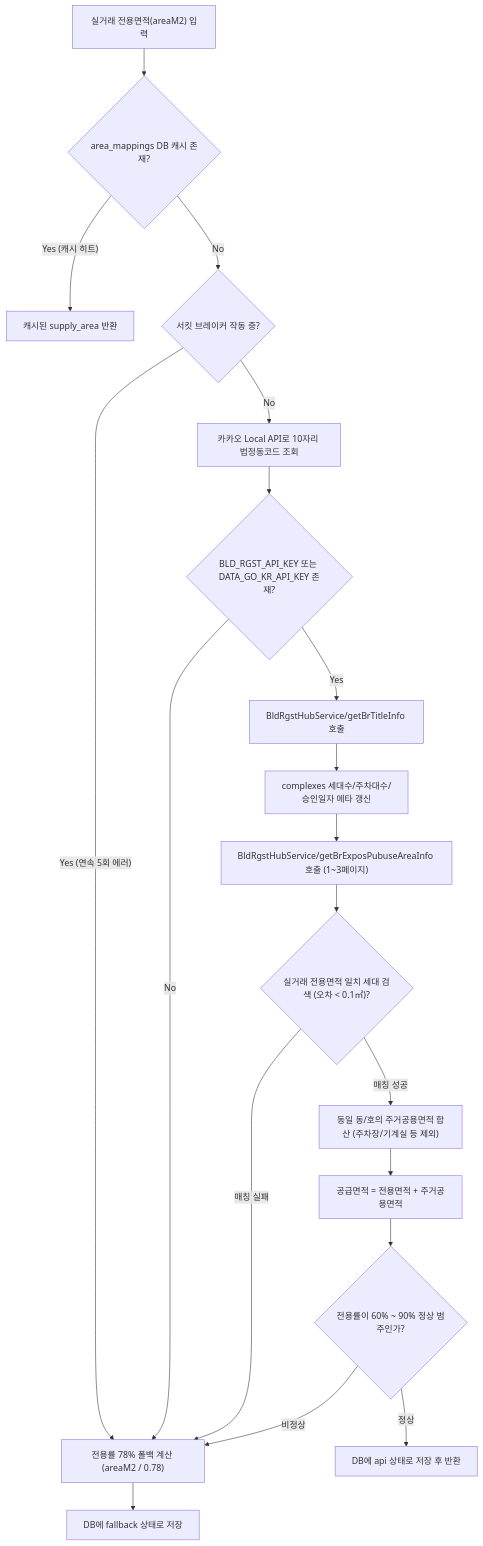
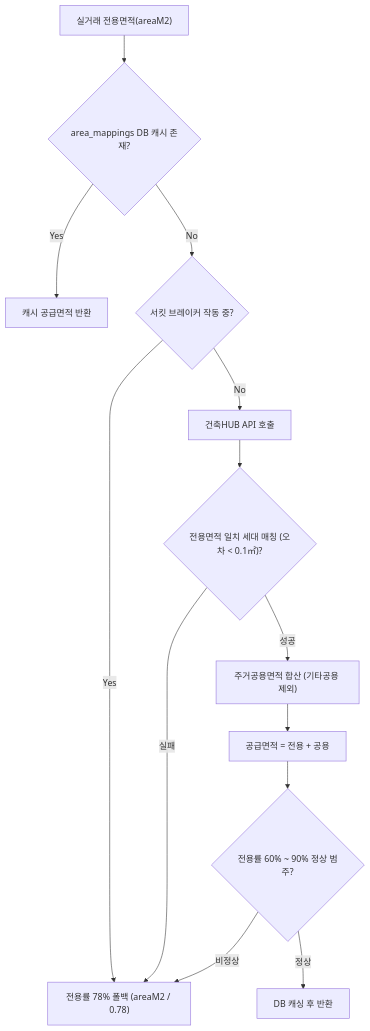
Before and after one commit to antny-bot/myhome: the diagram in docs/10_BUILDING_REGISTER_API.md, drawn with Mermaid. The commit also changed other lines of this file and 11 other files, not shown here.

````diff
--- a/docs/10_BUILDING_REGISTER_API.md
+++ b/docs/10_BUILDING_REGISTER_API.md
@@ -122,28 +45,15 @@
 ```mermaid
 flowchart TD
-    Start["실거래 전용면적(areaM2) 입력"] --> CacheCheck{"area_mappings DB 캐시 존재?"}
-    CacheCheck -- "Yes (캐시 히트)" --> ReturnCache["캐시된 supply_area 반환"]
+    Start["실거래 전용면적(areaM2)"] --> CacheCheck{"area_mappings DB 캐시 존재?"}
+    CacheCheck -- "Yes" --> ReturnCache["캐시 공급면적 반환"]
     CacheCheck -- "No" --> CircuitCheck{"서킷 브레이커 작동 중?"}
-    
-    CircuitCheck -- "Yes (연속 5회 에러)" --> Fallback78["전용률 78% 폴백 계산 (areaM2 / 0.78)"]
-    Fallback78 --> SaveFallback["DB에 fallback 상태로 저장"]
-    
-    CircuitCheck -- "No" --> KakaoBCode["카카오 Local API로 10자리 법정동코드 조회"]
-    KakaoBCode --> HasKey{"BLD_RGST_API_KEY 또는 DATA_GO_KR_API_KEY 존재?"}
-    
-    HasKey -- "No" --> Fallback78
-    HasKey -- "Yes" --> TitleCall["BldRgstHubService/getBrTitleInfo 호출"]
-    
-    TitleCall --> UpdateMeta["complexes 세대수/주차대수/승인일자 메타 갱신"]
-    UpdateMeta --> ExposCall["BldRgstHubService/getBrExposPubuseAreaInfo 호출 (1~3페이지)"]
-    
-    ExposCall --> MatchCheck{"실거래 전용면적 일치 세대 검색 (오차 < 0.1㎡)?"}
-    MatchCheck -- "매칭 실패" --> Fallback78
-    MatchCheck -- "매칭 성공" --> SumPublic["동일 동/호의 주거공용면적 합산 (주차장/기계실 등 제외)"]
-    
-    SumPublic --> SupplyCalc["공급면적 = 전용면적 + 주거공용면적"]
-    SupplyCalc --> RatioCheck{"전용률이 60% ~ 90% 정상 범주인가?"}
-    
+    CircuitCheck -- "Yes" --> Fallback78["전용률 78% 폴백 (areaM2 / 0.78)"]
+    CircuitCheck -- "No" --> CallAPI["건축HUB API 호출"]
+    CallAPI --> MatchCheck{"전용면적 일치 세대 매칭 (오차 < 0.1㎡)?"}
+    MatchCheck -- "실패" --> Fallback78
+    MatchCheck -- "성공" --> SumPublic["주거공용면적 합산 (기타공용 제외)"]
+    SumPublic --> SupplyCalc["공급면적 = 전용 + 공용"]
+    SupplyCalc --> RatioCheck{"전용률 60% ~ 90% 정상 범주?"}
     RatioCheck -- "비정상" --> Fallback78
-    RatioCheck -- "정상" --> SaveApi["DB에 api 상태로 저장 후 반환"]
+    RatioCheck -- "정상" --> SaveDB["DB 캐싱 후 반환"]
 ```
````
